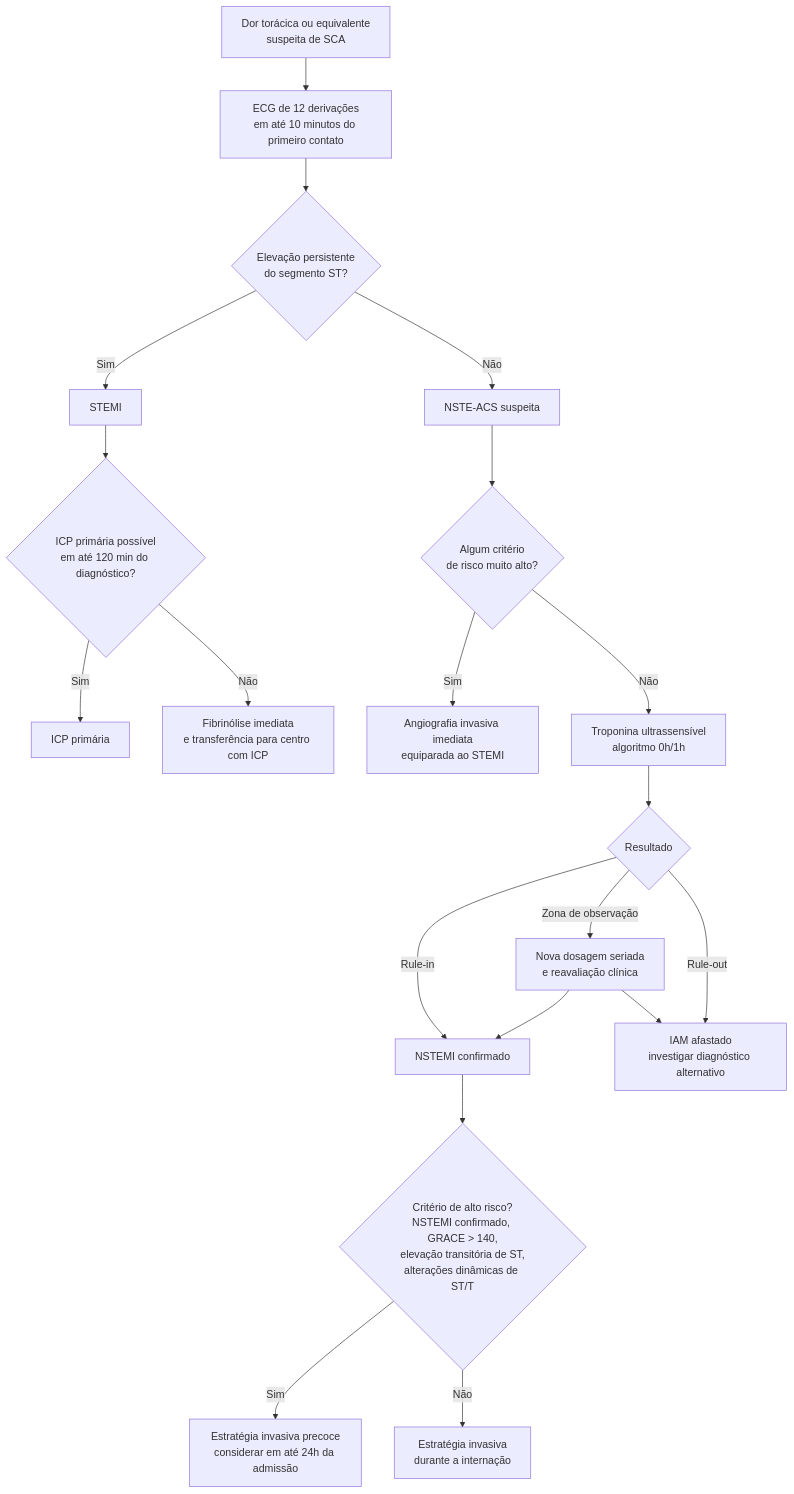
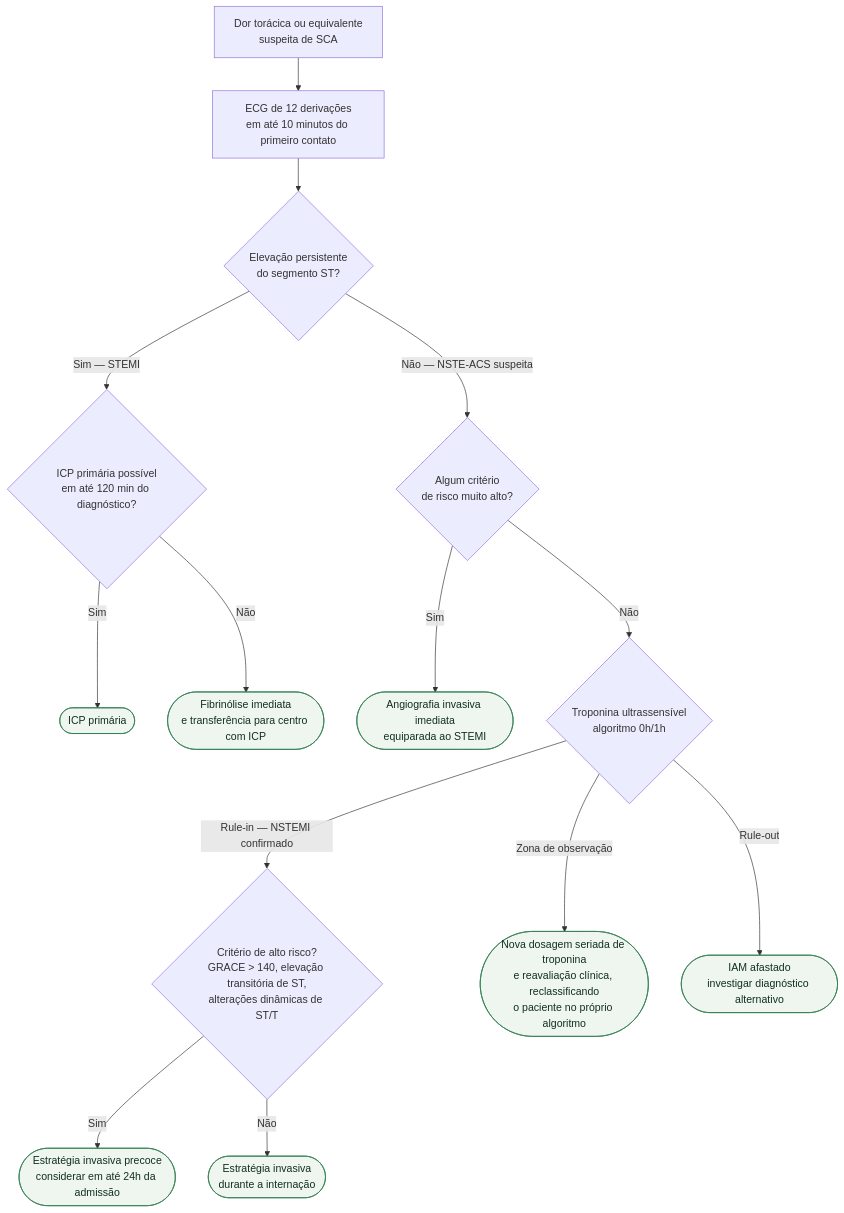
Before and after one commit to rafaelpaesmeirelles/MeuCardio: the diagram in content/Doença_coronariana/fluxograma-sindrome-coronariana-aguda-esc-2023.md, drawn with Mermaid. The commit also changed other lines of this file and 18 other files, not shown here.

````diff
--- a/content/Doença_coronariana/fluxograma-sindrome-coronariana-aguda-esc-2023.md
+++ b/content/Doença_coronariana/fluxograma-sindrome-coronariana-aguda-esc-2023.md
@@ -21,30 +21,26 @@
 ```mermaid
 flowchart TD
-  A["Dor torácica ou equivalente<br/>suspeita de SCA"] --> B["ECG de 12 derivações<br/>em até 10 minutos do primeiro contato"]
+  R0["Dor torácica ou equivalente<br/>suspeita de SCA"] --> P1["ECG de 12 derivações<br/>em até 10 minutos do primeiro contato"]
 
-  B --> C{"Elevação persistente<br/>do segmento ST?"}
+  P1 --> D1{"Elevação persistente<br/>do segmento ST?"}
 
-  C -->|Sim| D["STEMI"]
-  C -->|Não| E["NSTE-ACS suspeita"]
+  D1 -->|Sim — STEMI| D2{"ICP primária possível<br/>em até 120 min do diagnóstico?"}
+  D2 -->|Sim| C1(["ICP primária"])
+  D2 -->|Não| C2(["Fibrinólise imediata<br/>e transferência para centro com ICP"])
 
-  D --> F{"ICP primária possível<br/>em até 120 min do diagnóstico?"}
-  F -->|Sim| G["ICP primária"]
-  F -->|Não| H["Fibrinólise imediata<br/>e transferência para centro com ICP"]
+  D1 -->|Não — NSTE-ACS suspeita| D3{"Algum critério<br/>de risco muito alto?"}
+  D3 -->|Sim| C3(["Angiografia invasiva imediata<br/>equiparada ao STEMI"])
 
-  E --> I{"Algum critério<br/>de risco muito alto?"}
-  I -->|Sim| J["Angiografia invasiva imediata<br/>equiparada ao STEMI"]
+  D3 -->|Não| D4{"Troponina ultrassensível<br/>algoritmo 0h/1h"}
 
-  I -->|Não| K["Troponina ultrassensível<br/>algoritmo 0h/1h"]
+  D4 -->|Rule-in — NSTEMI confirmado| D5{"Critério de alto risco?<br/>GRACE > 140, elevação transitória de ST,<br/>alterações dinâmicas de ST/T"}
+  D5 -->|Sim| C4(["Estratégia invasiva precoce<br/>considerar em até 24h da admissão"])
+  D5 -->|Não| C5(["Estratégia invasiva<br/>durante a internação"])
 
-  K --> L{"Resultado"}
-  L -->|Rule-in| M["NSTEMI confirmado"]
-  L -->|Zona de observação| N["Nova dosagem seriada<br/>e reavaliação clínica"]
-  L -->|Rule-out| O["IAM afastado<br/>investigar diagnóstico alternativo"]
+  D4 -->|Zona de observação| C6(["Nova dosagem seriada de troponina<br/>e reavaliação clínica, reclassificando<br/>o paciente no próprio algoritmo"])
 
-  N --> M
-  N --> O
+  D4 -->|Rule-out| C7(["IAM afastado<br/>investigar diagnóstico alternativo"])
 
-  M --> P{"Critério de alto risco?<br/>NSTEMI confirmado, GRACE > 140,<br/>elevação transitória de ST,<br/>alterações dinâmicas de ST/T"}
-  P -->|Sim| Q["Estratégia invasiva precoce<br/>considerar em até 24h da admissão"]
-  P -->|Não| R["Estratégia invasiva<br/>durante a internação"]
+  classDef conduta fill:#eef6ef,stroke:#2f7a4f,color:#12301f;
+  class C1,C2,C3,C4,C5,C6,C7 conduta;
 ```
````
